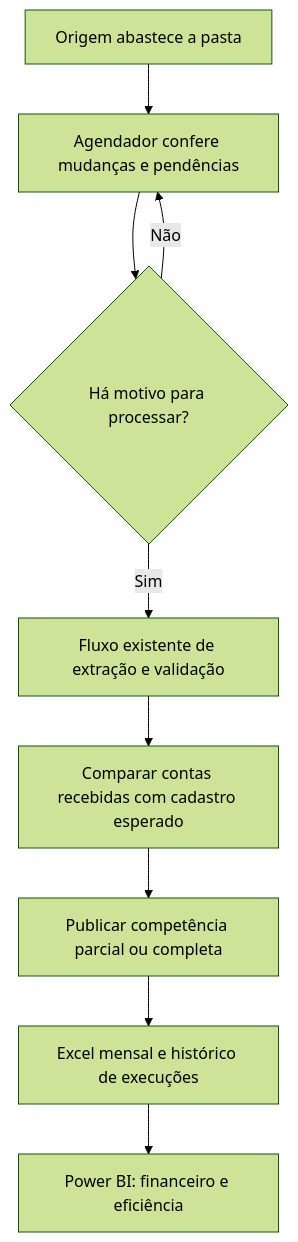
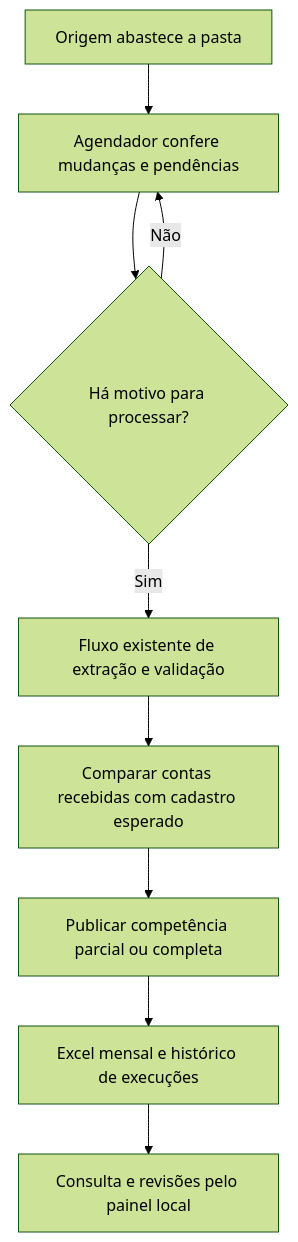
The second of 2 diagrams in README.md (felipexxxxx/goener-case), drawn with Mermaid (forest theme) before and after one commit. The commit also changed other lines of this file and 17 other files, not shown here.

Commit message:
Adiciona revisoes operacionais e painel local com documentos destacados

````diff
--- a/README.md
+++ b/README.md
@@ -204,11 +250,11 @@
 ```mermaid
 flowchart TD
     A[Origem abastece a pasta] --> B[Agendador confere mudanças e pendências]
     B --> C{Há motivo para processar?}
     C -- Não --> B
     C -- Sim --> D[Fluxo existente de extração e validação]
     D --> E[Comparar contas recebidas com cadastro esperado]
     E --> F[Publicar competência parcial ou completa]
     F --> G[Excel mensal e histórico de execuções]
-    G --> H[Power BI: financeiro e eficiência]
+    G --> H[Consulta e revisões pelo painel local]
 ```
````
